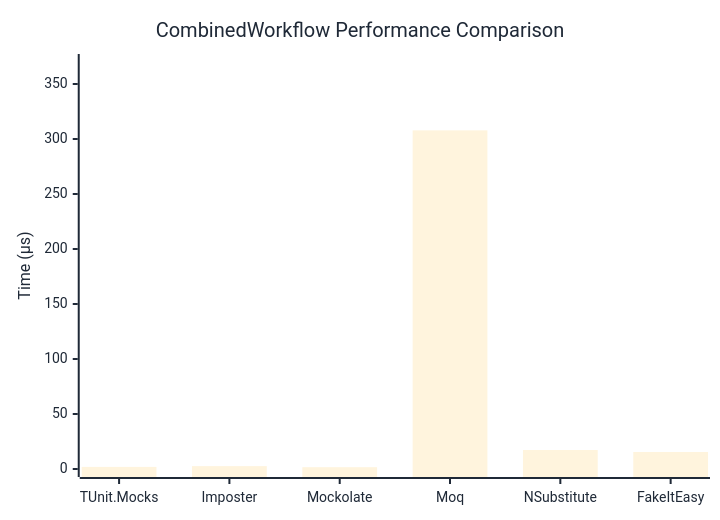
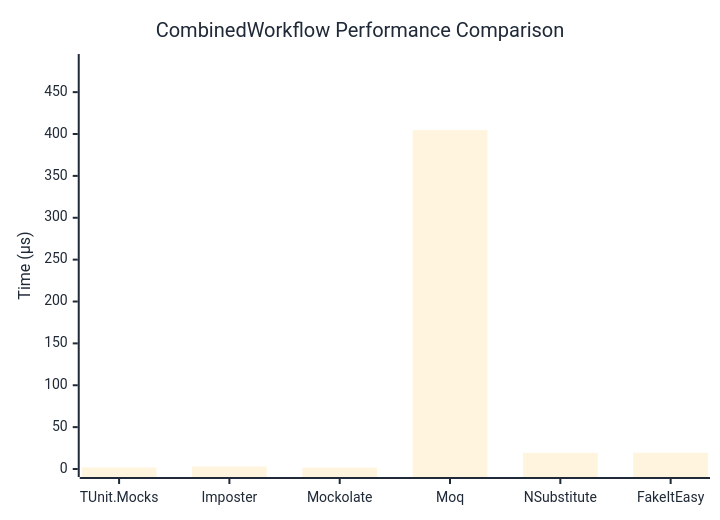
Before and after one commit to thomhurst/TUnit: the diagram in docs/docs/benchmarks/mocks/CombinedWorkflow.md, drawn with Mermaid. The commit also changed other lines of this file and 14 other files, not shown here.

````diff
--- a/docs/docs/benchmarks/mocks/CombinedWorkflow.md
+++ b/docs/docs/benchmarks/mocks/CombinedWorkflow.md
@@ -30,27 +30,27 @@
 ```mermaid
 %%{init: {
   'theme':'base',
   'themeVariables': {
     'primaryColor': '#2563eb',
     'primaryTextColor': '#1f2937',
     'primaryBorderColor': '#1e40af',
     'lineColor': '#6b7280',
     'secondaryColor': '#7c3aed',
     'tertiaryColor': '#dc2626',
     'background': '#ffffff',
     'pie1': '#2563eb',
     'pie2': '#7c3aed',
     'pie3': '#dc2626',
     'pie4': '#f59e0b',
     'pie5': '#10b981',
     'pie6': '#06b6d4',
     'pie7': '#ec4899',
     'pie8': '#6366f1'
   }
 }}%%
 xychart-beta
   title "CombinedWorkflow Performance Comparison"
   x-axis ["TUnit.Mocks", "Imposter", "Mockolate", "Moq", "NSubstitute", "FakeItEasy"]
-  y-axis "Time (μs)" 0 --> 370
-  bar [1.896, 2.618, 1.638, 307.866, 17.246, 15.431]
+  y-axis "Time (μs)" 0 --> 486
+  bar [1.89, 2.892, 1.68, 404.656, 19.26, 19.347]
 ```
````
